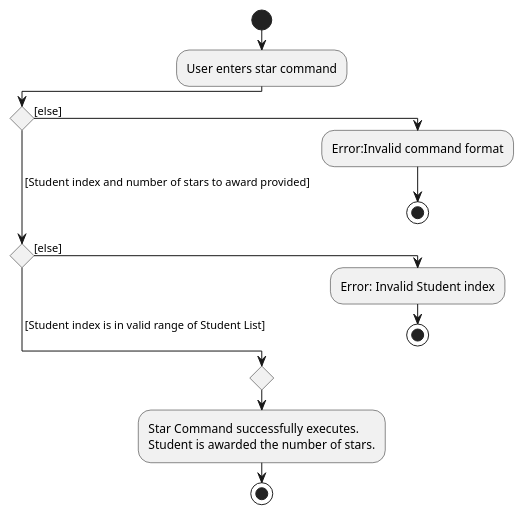
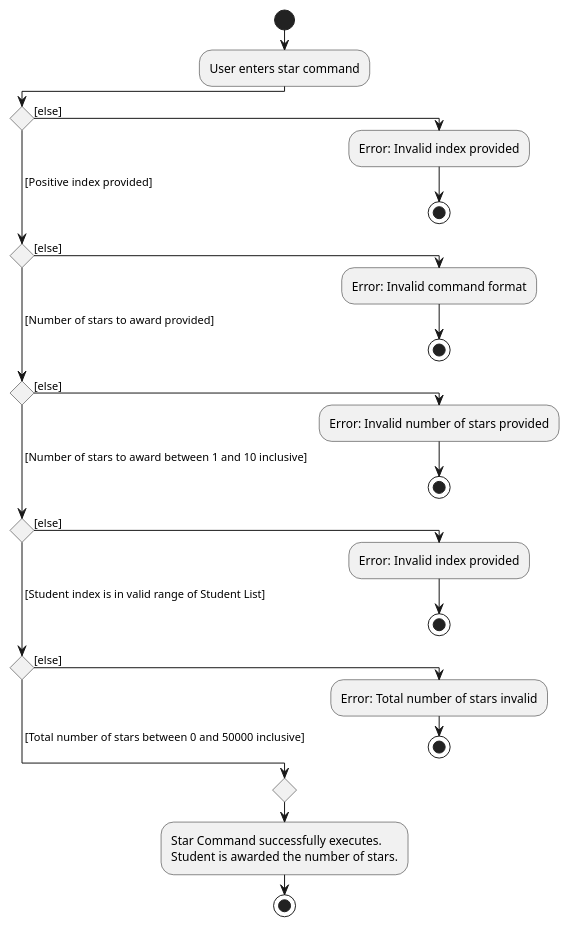
Before and after one commit to c-wenlong/tp: the diagram in docs/diagrams/StarActivityDiagram.puml, drawn with PlantUML. The commit also changed 5 other files, not shown here.

First line of the commit message:
Update activity diagram for star and bolt command.

```diff
--- a/docs/diagrams/StarActivityDiagram.puml
+++ b/docs/diagrams/StarActivityDiagram.puml
@@ -1,17 +1,26 @@
 @startuml
 !pragma useVerticalIf on
 start
 :User enters star command;
 if () then ([else])
-  :Error:Invalid command format;
+  :Error: Invalid index provided;
   stop
-( [Student index and number of stars to award provided]) elseif () then ([else])
-  :Error: Invalid Student index;
+( [Positive index provided]) elseif () then ([else])
+  :Error: Invalid command format;
   stop
-else ( [Student index is in valid range of Student List])
+( [Number of stars to award provided]) elseif () then ([else])
+  :Error: Invalid number of stars provided;
+  stop
+( [Number of stars to award between 1 and 10 inclusive]) elseif () then ([else])
+  :Error: Invalid index provided;
+  stop
+( [Student index is in valid range of Student List]) elseif () then ([else])
+  :Error: Total number of stars invalid;
+  stop
+else ( [Total number of stars between 0 and 50000 inclusive])
 endif
   :Star Command successfully executes.
 Student is awarded the number of stars.;
 stop
 
 @enduml
```
